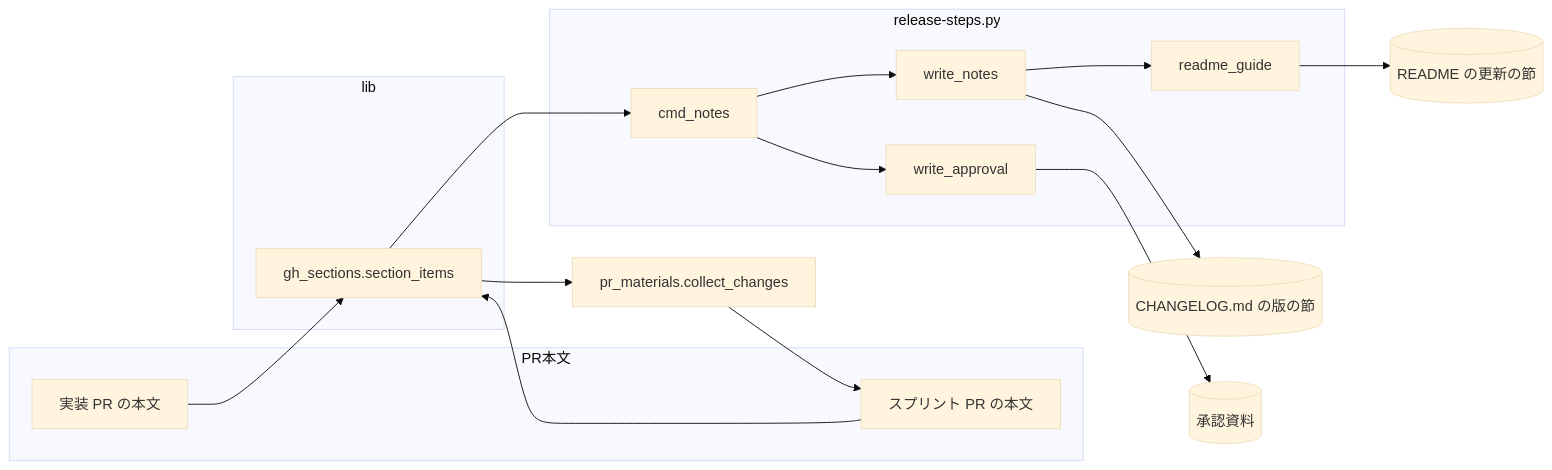
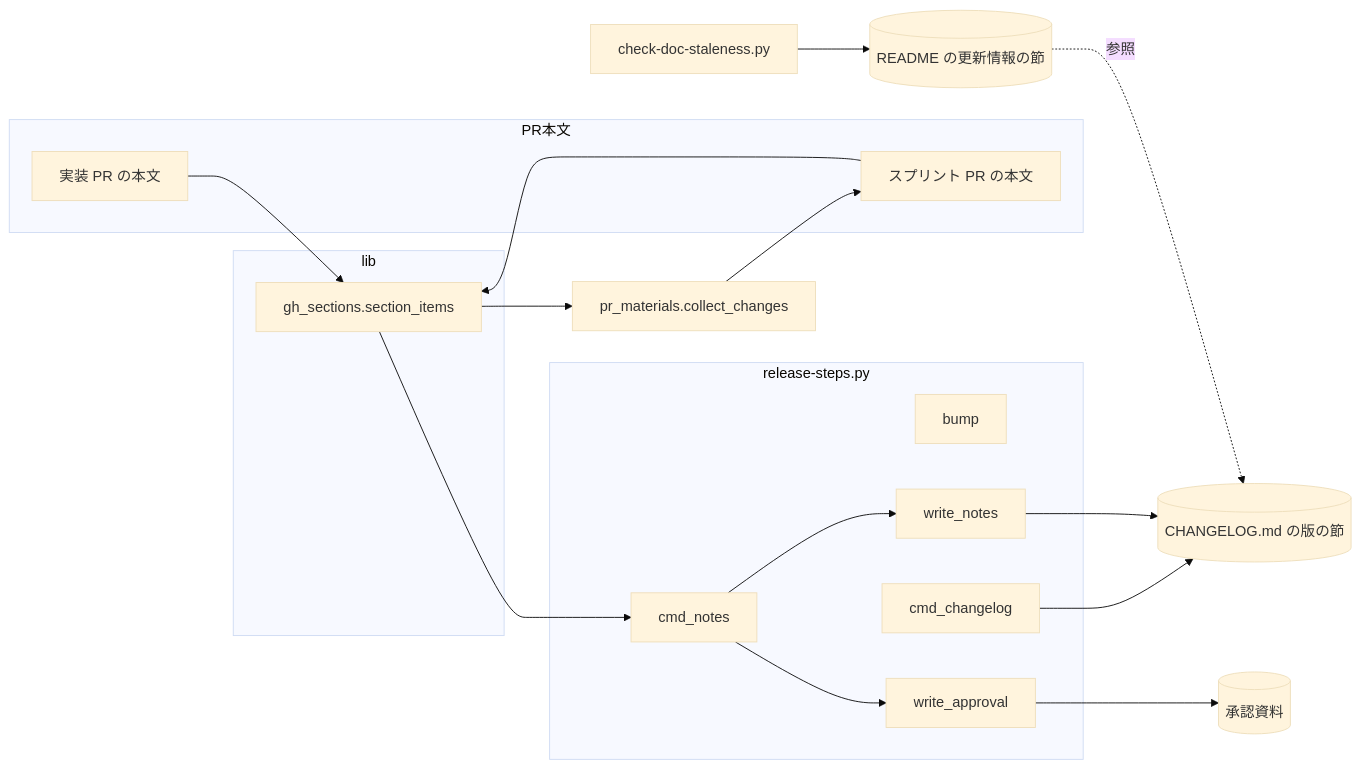
One commit to devbasex/ai-plugins changed the first of 2 diagrams in issues/issue-1867-design.md. Above: the diagram before and after it, drawn with Mermaid (base theme). The commit also changed other lines of this file and 3 other files, not shown here.

````diff
--- a/issues/issue-1867-design.md
+++ b/issues/issue-1867-design.md
@@ -103,31 +114,34 @@
 ```mermaid
 graph LR
   subgraph PR本文
     B1[実装 PR の本文]
     B2[スプリント PR の本文]
   end
   subgraph lib
     S[gh_sections.section_items]
   end
   subgraph release-steps.py
+    BU[bump]
+    C[cmd_changelog]
     N[cmd_notes]
     W[write_notes]
-    G[readme_guide]
     A[write_approval]
   end
   P[pr_materials.collect_changes]
   CL[(CHANGELOG.md の版の節)]
-  RM[(README の更新の節)]
+  RM[(README の更新情報の節)]
   AP[(承認資料)]
+  K[check-doc-staleness.py]
   B1 --> S
   B2 --> S
   S --> P
   P --> B2
   S --> N
+  C --> CL
   N --> W
   N --> A
   W --> CL
-  W --> G
-  G --> RM
   A --> AP
+  RM -. 参照 .-> CL
+  K --> RM
 ```
````
